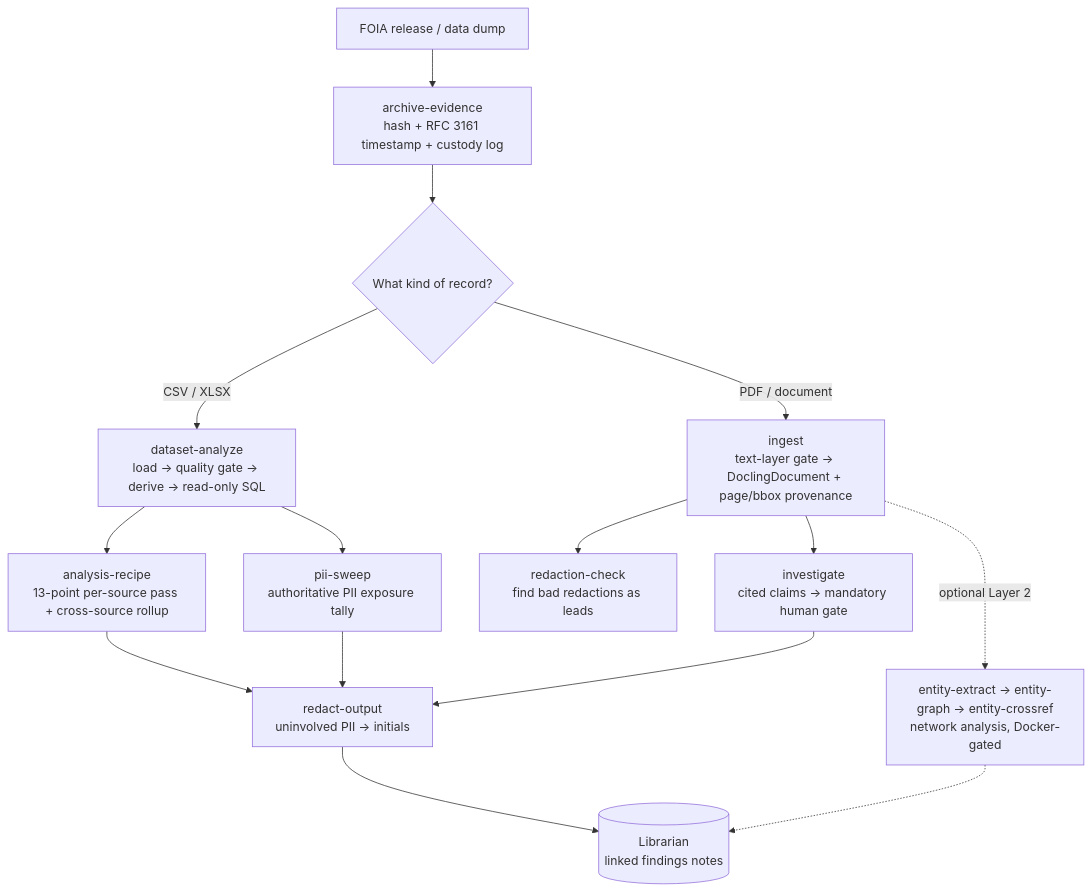
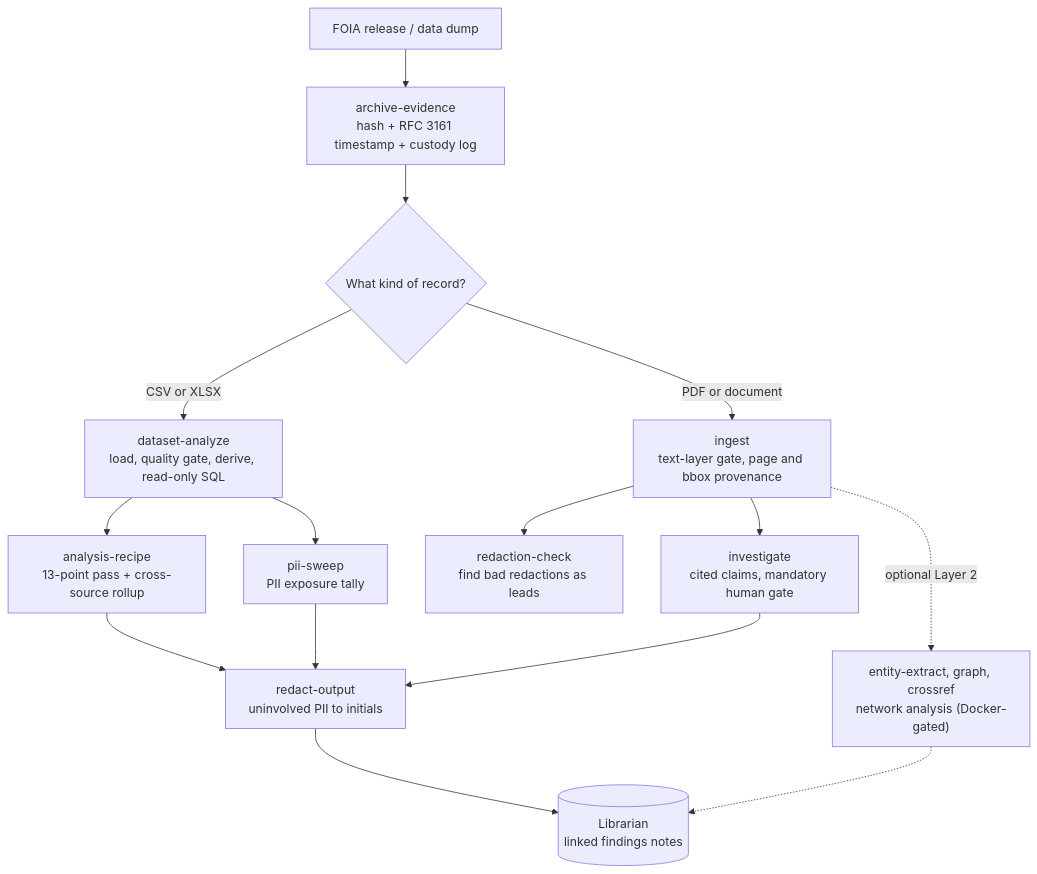
The diagram in README.md (TimSimpsonJr/magpie), drawn with Mermaid before and after one commit.

Commit message:
fix: quote mermaid node labels so the diagram renders on GitHub
Unquoted labels (commas, colons, slashes, parens; nested [[ ]] in Librarian)
broke mermaid parsing. Quote every node label and drop the nested brackets.

````diff
--- a/README.md
+++ b/README.md
@@ -11,22 +11,17 @@
 ```mermaid
 flowchart TD
-    A[FOIA release / data dump] --> B[archive-evidence<br/>hash + RFC 3161 timestamp + custody log]
-    B --> C{What kind of record?}
-
-    C -->|CSV / XLSX| D[dataset-analyze<br/>load → quality gate → derive → read-only SQL]
-    C -->|PDF / document| E[ingest<br/>text-layer gate → DoclingDocument + page/bbox provenance]
-
-    D --> F[analysis-recipe<br/>13-point per-source pass + cross-source rollup]
-    D --> G[pii-sweep<br/>authoritative PII exposure tally]
-    E --> H[redaction-check<br/>find bad redactions as leads]
-    E --> I[investigate<br/>cited claims → mandatory human gate]
-
-    F --> R[redact-output<br/>uninvolved PII → initials]
+    A["FOIA release / data dump"] --> B["archive-evidence<br/>hash + RFC 3161 timestamp + custody log"]
+    B --> C{"What kind of record?"}
+    C -->|CSV or XLSX| D["dataset-analyze<br/>load, quality gate, derive, read-only SQL"]
+    C -->|PDF or document| E["ingest<br/>text-layer gate, page and bbox provenance"]
+    D --> F["analysis-recipe<br/>13-point pass + cross-source rollup"]
+    D --> G["pii-sweep<br/>PII exposure tally"]
+    E --> H["redaction-check<br/>find bad redactions as leads"]
+    E --> I["investigate<br/>cited claims, mandatory human gate"]
+    F --> R["redact-output<br/>uninvolved PII to initials"]
     G --> R
     I --> R
-
-    R --> L[(Librarian<br/>linked findings notes)]
-
-    E -.optional Layer 2.-> J[entity-extract → entity-graph → entity-crossref<br/>network analysis, Docker-gated]
+    R --> L[("Librarian<br/>linked findings notes")]
+    E -. optional Layer 2 .-> J["entity-extract, graph, crossref<br/>network analysis (Docker-gated)"]
     J -.-> L
 ```
````
